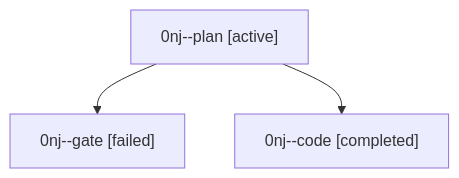
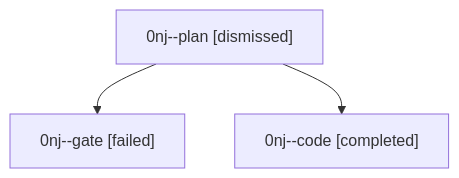
The diagram in sessions/bbugyi200.athena.0nj.md (sase-org/sase--agents), drawn with Mermaid before and after one commit. The commit also changed other lines of this file and 33 other files, not shown here.

````diff
--- a/sessions/bbugyi200.athena.0nj.md
+++ b/sessions/bbugyi200.athena.0nj.md
@@ -9,8 +9,8 @@
 ```mermaid
 flowchart TD
-  n0["0nj--plan [active]"]
+  n0["0nj--plan [dismissed]"]
   n1["0nj--gate [failed]"]
   n0 --> n1
   n2["0nj--code [completed]"]
   n0 --> n2
 ```
````
